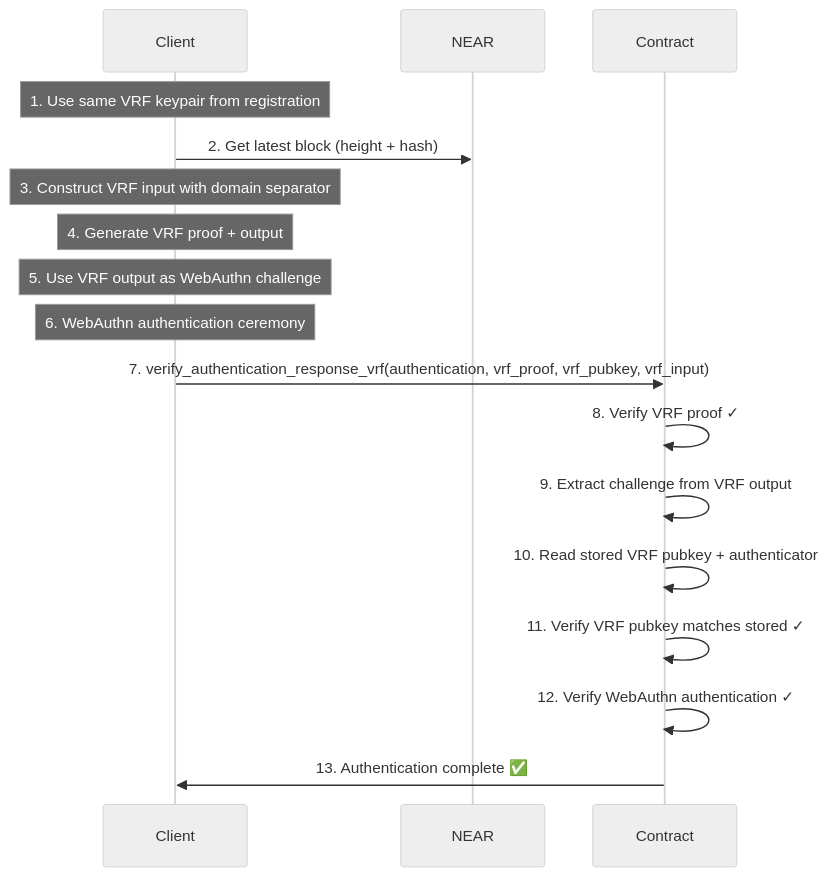
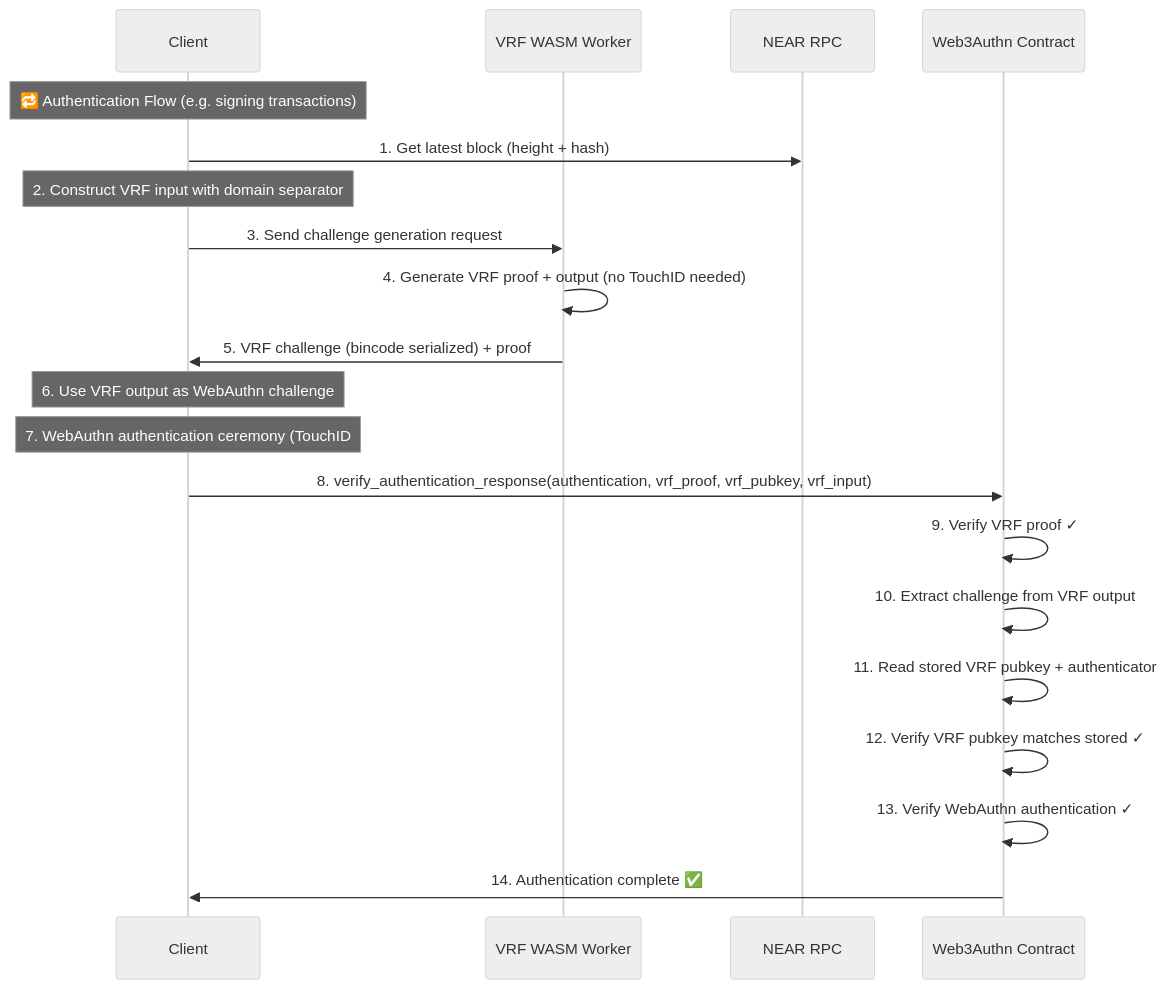
One commit to peitalin/vrf-passkey changed the third of 3 diagrams in docs/vrf_challenges.md. Above: the diagram before and after it, drawn with Mermaid (neutral theme). The commit also changed other lines of this file and 11 other files, not shown here.

````diff
--- a/docs/vrf_challenges.md
+++ b/docs/vrf_challenges.md
@@ -100,20 +156,23 @@
 ```mermaid
 sequenceDiagram
     participant Client
-    participant NEAR
-    participant Contract
+    participant ServiceWorker as VRF WASM Worker
+    participant NEAR as NEAR RPC
+    participant Contract as Web3Authn Contract
 
-    Note over Client: 1. Use same VRF keypair from registration
-    Client->>NEAR: 2. Get latest block (height + hash)
-    Note over Client: 3. Construct VRF input with domain separator
-    Note over Client: 4. Generate VRF proof + output
-    Note over Client: 5. Use VRF output as WebAuthn challenge
-    Note over Client: 6. WebAuthn authentication ceremony
-    Client->>Contract: 7. verify_authentication_response_vrf(authentication, vrf_proof, vrf_pubkey, vrf_input)
-    Contract->>Contract: 8. Verify VRF proof ✓
-    Contract->>Contract: 9. Extract challenge from VRF output
-    Contract->>Contract: 10. Read stored VRF pubkey + authenticator
-    Contract->>Contract: 11. Verify VRF pubkey matches stored ✓
-    Contract->>Contract: 12. Verify WebAuthn authentication ✓
-    Contract->>Client: 13. Authentication complete ✅
+    Note over Client: 🔁 Authentication Flow (e.g. signing transactions)
+    Client->>NEAR: 1. Get latest block (height + hash)
+    Note over Client: 2. Construct VRF input with domain separator
+    Client->>ServiceWorker: 3. Send challenge generation request
+    ServiceWorker->>ServiceWorker: 4. Generate VRF proof + output (no TouchID needed)
+    ServiceWorker->>Client: 5. VRF challenge (bincode serialized) + proof
+    Note over Client: 6. Use VRF output as WebAuthn challenge
+    Note over Client: 7. WebAuthn authentication ceremony (TouchID #1)
+    Client->>Contract: 8. verify_authentication_response(authentication, vrf_proof, vrf_pubkey, vrf_input)
+    Contract->>Contract: 9. Verify VRF proof ✓
+    Contract->>Contract: 10. Extract challenge from VRF output
+    Contract->>Contract: 11. Read stored VRF pubkey + authenticator
+    Contract->>Contract: 12. Verify VRF pubkey matches stored ✓
+    Contract->>Contract: 13. Verify WebAuthn authentication ✓
+    Contract->>Client: 14. Authentication complete ✅
 ```
````
